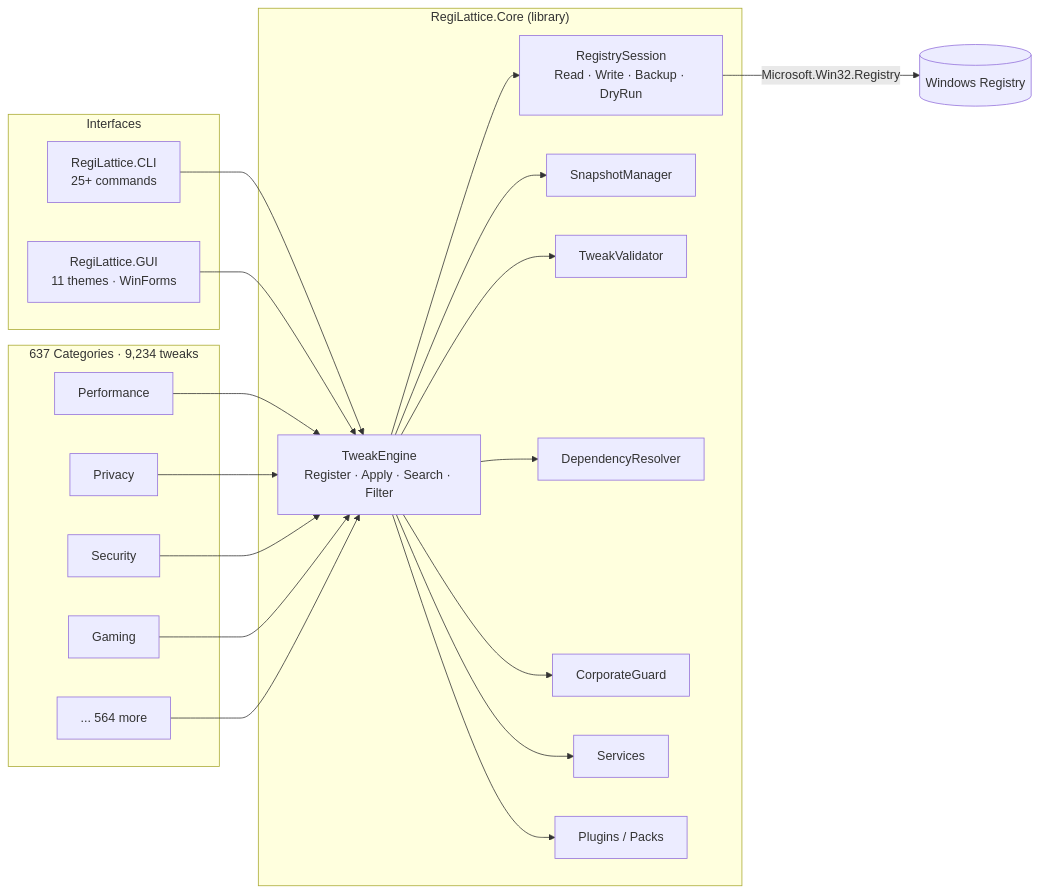
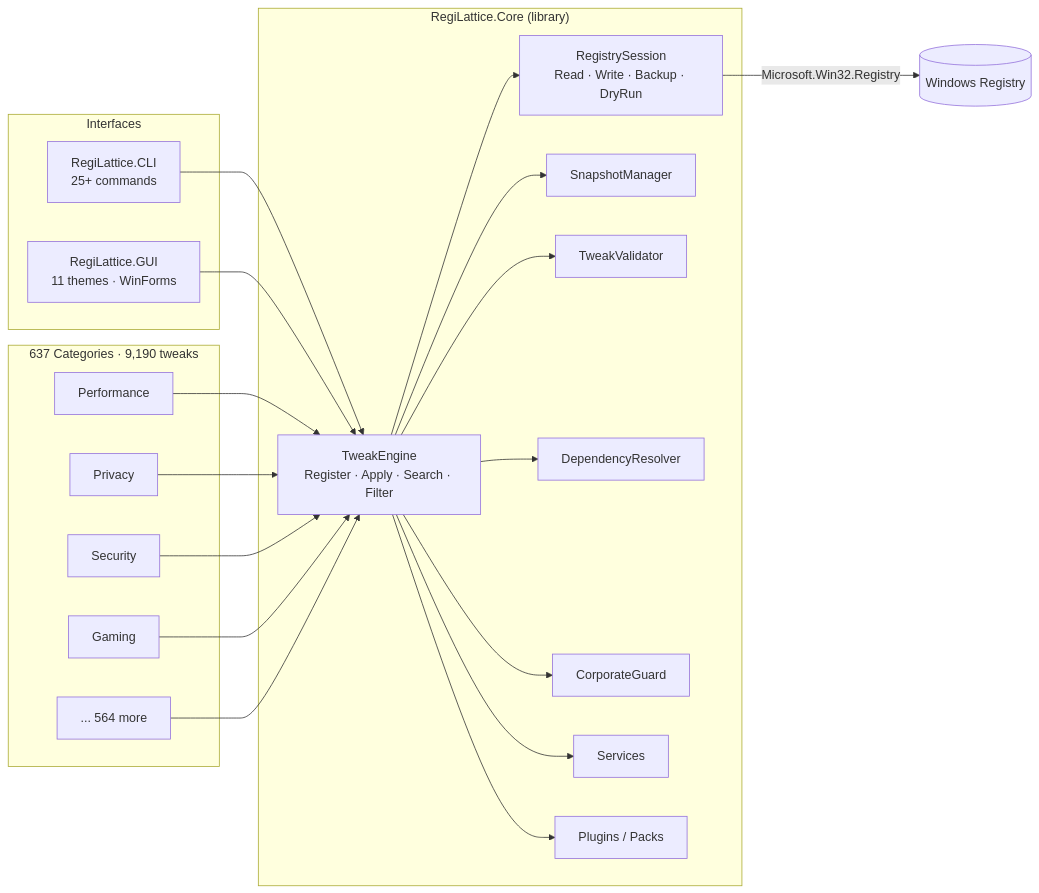
Before and after one commit to RajwanYair/RegiLattice: the first of 2 diagrams in README.md, drawn with Mermaid. The commit also changed other lines of this file and 19 other files, not shown here.

````diff
--- a/README.md
+++ b/README.md
@@ -88,38 +88,38 @@
 ```mermaid
 graph LR
     subgraph Interfaces
         CLI[RegiLattice.CLI<br/>25+ commands]
         GUI[RegiLattice.GUI<br/>11 themes · WinForms]
     end
 
     subgraph Core["RegiLattice.Core (library)"]
         TE[TweakEngine<br/>Register · Apply · Search · Filter]
         RS[RegistrySession<br/>Read · Write · Backup · DryRun]
         SM[SnapshotManager]
         TV[TweakValidator]
         DR[DependencyResolver]
         CG[CorporateGuard]
         SV[Services]
         PM[Plugins / Packs]
     end
 
-    subgraph Tweaks["637 Categories · 9,234 tweaks"]
+    subgraph Tweaks["637 Categories · 9,190 tweaks"]
         T1[Performance]
         T2[Privacy]
         T3[Security]
         T4[Gaming]
         TN[... 564 more]
     end
 
     CLI --> TE
     GUI --> TE
     TE --> RS
     TE --> SM
     TE --> TV
     TE --> DR
     TE --> CG
     TE --> SV
     TE --> PM
     T1 & T2 & T3 & T4 & TN --> TE
     RS -->|Microsoft.Win32.Registry| WR[(Windows Registry)]
 ```
````
